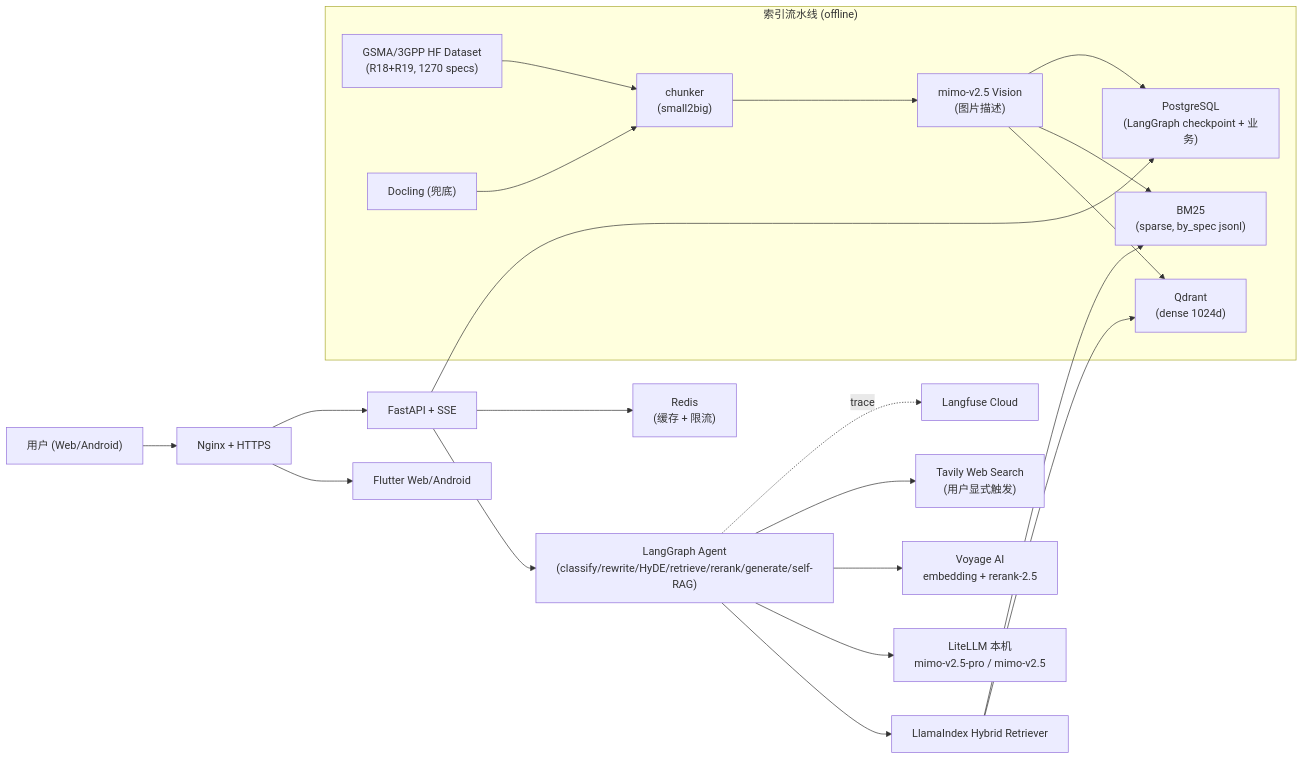
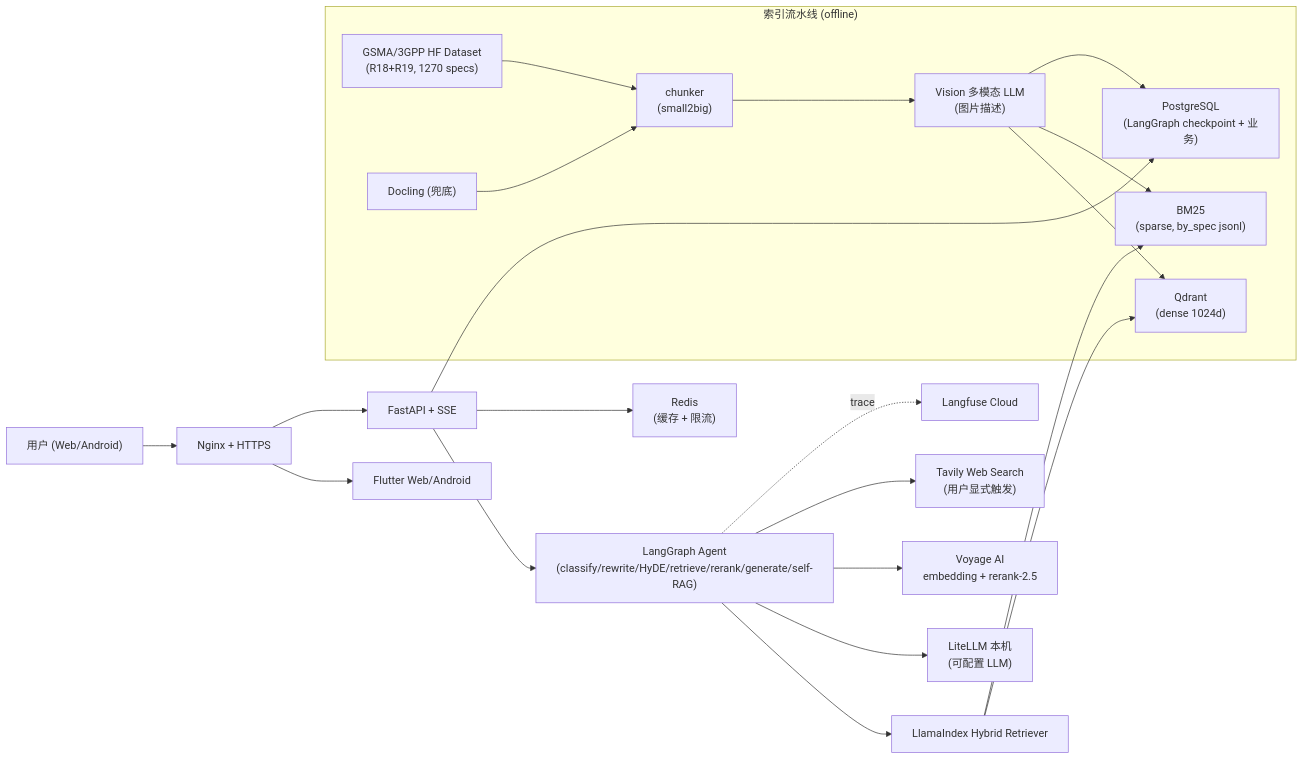
Before and after one commit to EpisodeYu/3GPP-Everything: the third of 3 diagrams in README.md, drawn with Mermaid. The commit also changed other lines of this file and 1 other file, not shown here.

First line of the commit message:
docs: README 生成侧 LLM 改为"可配置"口径 + 移除"裸LLM反超华为"表述

````diff
--- a/README.md
+++ b/README.md
@@ -202,25 +201,25 @@
 ```mermaid
 flowchart LR
     U["用户 (Web/Android)"] --> NX["Nginx + HTTPS"]
     NX --> FE["Flutter Web/Android"]
     NX --> API["FastAPI + SSE"]
     API --> AG["LangGraph Agent<br/>(classify/rewrite/HyDE/retrieve/rerank/generate/self-RAG)"]
     AG --> LI["LlamaIndex Hybrid Retriever"]
     LI --> QD["Qdrant<br/>(dense 1024d)"]
     LI --> BM["BM25<br/>(sparse, by_spec jsonl)"]
-    AG --> LLM["LiteLLM 本机<br/>mimo-v2.5-pro / mimo-v2.5"]
+    AG --> LLM["LiteLLM 本机<br/>(可配置 LLM)"]
     AG --> VG["Voyage AI<br/>embedding + rerank-2.5"]
     AG --> TV["Tavily Web Search<br/>(用户显式触发)"]
     API --> PG["PostgreSQL<br/>(LangGraph checkpoint + 业务)"]
     API --> RD["Redis<br/>(缓存 + 限流)"]
     AG -.trace.-> LF["Langfuse Cloud"]
 
     subgraph ingest["索引流水线 (offline)"]
         H["GSMA/3GPP HF Dataset<br/>(R18+R19, 1270 specs)"] --> CK["chunker<br/>(small2big)"]
         DL["Docling (兜底)"] --> CK
-        CK --> VS["mimo-v2.5 Vision<br/>(图片描述)"]
+        CK --> VS["Vision 多模态 LLM<br/>(图片描述)"]
         VS --> QD
         VS --> BM
         VS --> PG
     end
 ```
````
